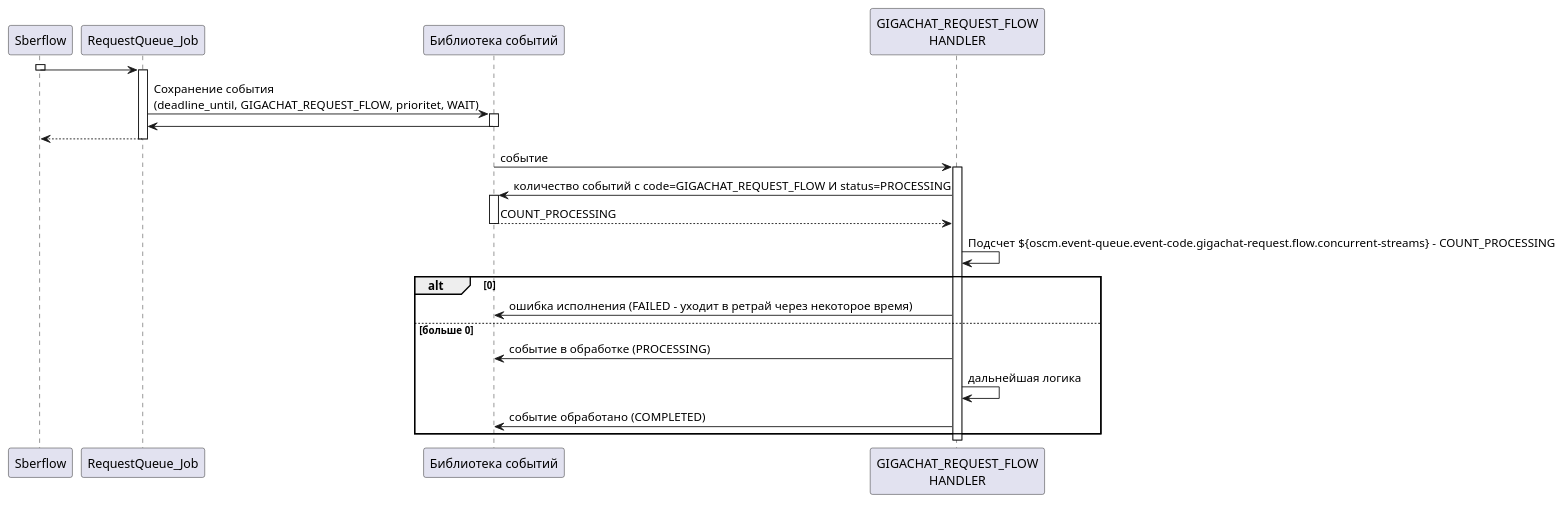
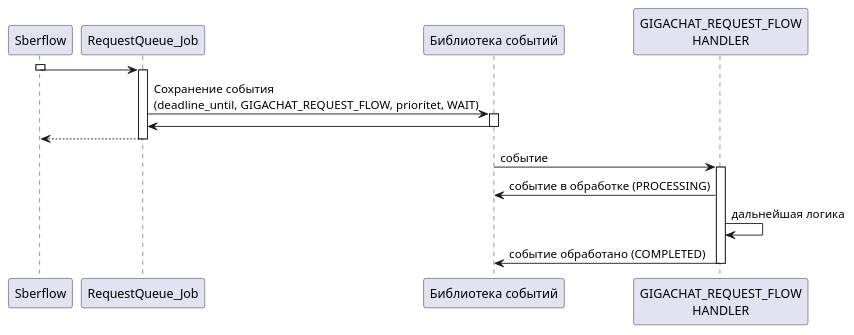
One commit to laym0n/eventhandling changed the diagram in process_idr.plantuml. Above: the diagram before and after it, drawn with PlantUML. The commit also changed 5 other files, not shown here.

```diff
--- a/process_idr.plantuml
+++ b/process_idr.plantuml
@@ -1,41 +1,31 @@
 @startuml one_instance_processing_eager_cleanup
 
 participant Sberflow
 participant RequestQueue_Job
 participant event_library as "Библиотека событий"
 participant handler as "GIGACHAT_REQUEST_FLOW\nHANDLER"
 
 activate Sberflow
 Sberflow -> RequestQueue_Job
 deactivate Sberflow
 activate RequestQueue_Job
 
 RequestQueue_Job -> event_library : Сохранение события\n(deadline_until, GIGACHAT_REQUEST_FLOW, prioritet, WAIT)
 activate event_library
 event_library -> RequestQueue_Job
 deactivate event_library
 
 RequestQueue_Job --> Sberflow
 deactivate RequestQueue_Job
 event_library -> handler : событие
 
 activate handler
-handler -> event_library : количество событий с code=GIGACHAT_REQUEST_FLOW И status=PROCESSING
-activate event_library
-event_library --> handler : COUNT_PROCESSING
-deactivate event_library
 
-handler -> handler : Подсчет ${oscm.event-queue.event-code.gigachat-request.flow.concurrent-streams} - COUNT_PROCESSING
-
-alt 0
-    handler -> event_library : ошибка исполнения (FAILED - уходит в ретрай через некоторое время) 
-else больше 0
-    handler -> event_library : событие в обработке (PROCESSING) 
-    handler -> handler : дальнейшая логика 
-    handler -> event_library : событие обработано (COMPLETED)
-end
+handler -> event_library : событие в обработке (PROCESSING) 
+handler -> handler : дальнейшая логика 
+handler -> event_library : событие обработано (COMPLETED)
 
 deactivate handler
 
 
 @enduml
```
